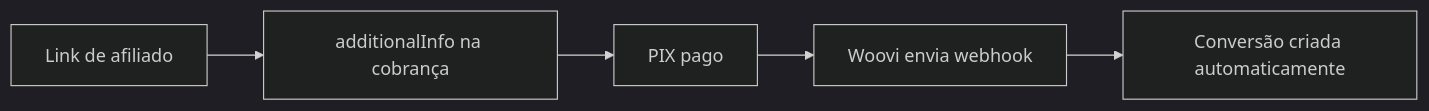
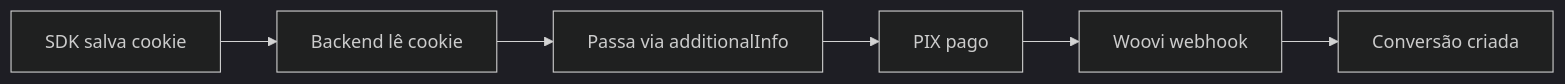
One commit to bgabraga2/affiliatus-docs changed the fourth of 5 diagrams in integrations/introduction.mdx. Above: the diagram before and after it, drawn with Mermaid (dark theme). The commit also changed other lines of this file and 8 other files, not shown here.

````diff
--- a/integrations/introduction.mdx
+++ b/integrations/introduction.mdx
@@ -127,7 +167,8 @@
 ```mermaid
 graph LR
-    A[Link de afiliado] --> B[additionalInfo na cobrança]
-    B --> C[PIX pago]
-    C --> D[Woovi envia webhook]
-    D --> E[Conversão criada automaticamente]
+    A[SDK salva cookie] --> B[Backend lê cookie]
+    B --> C[Passa via additionalInfo]
+    C --> D[PIX pago]
+    D --> E[Woovi webhook]
+    E --> F[Conversão criada]
 ```
````
